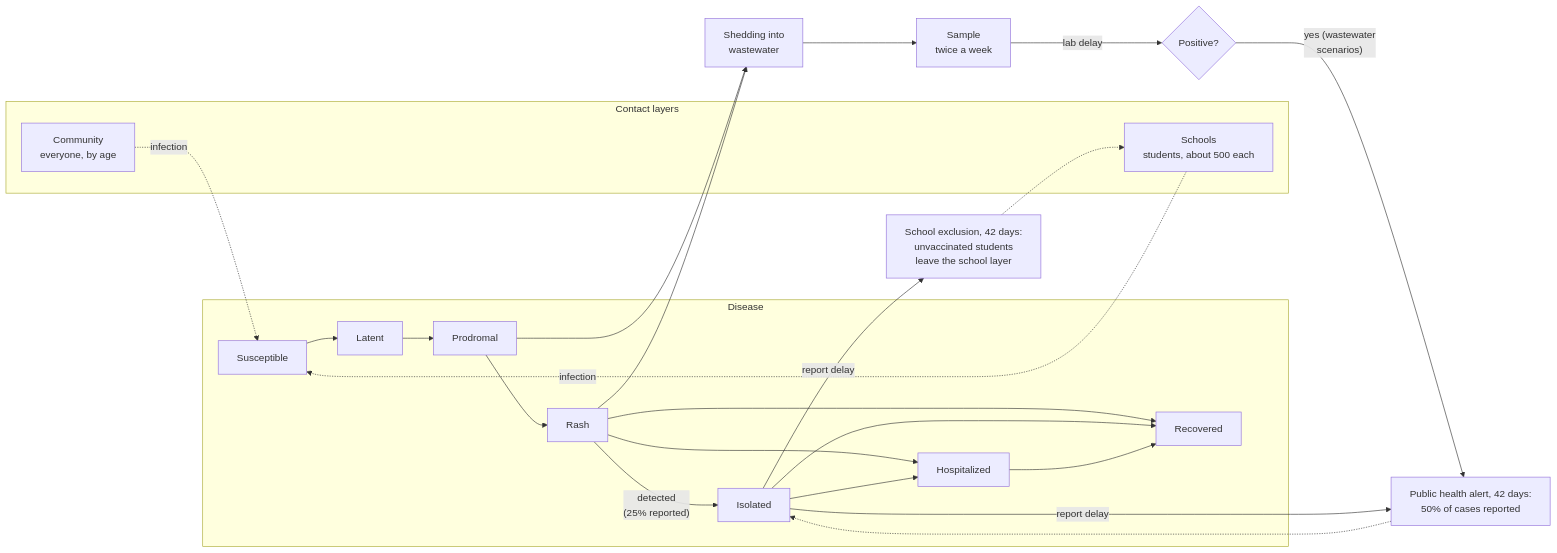
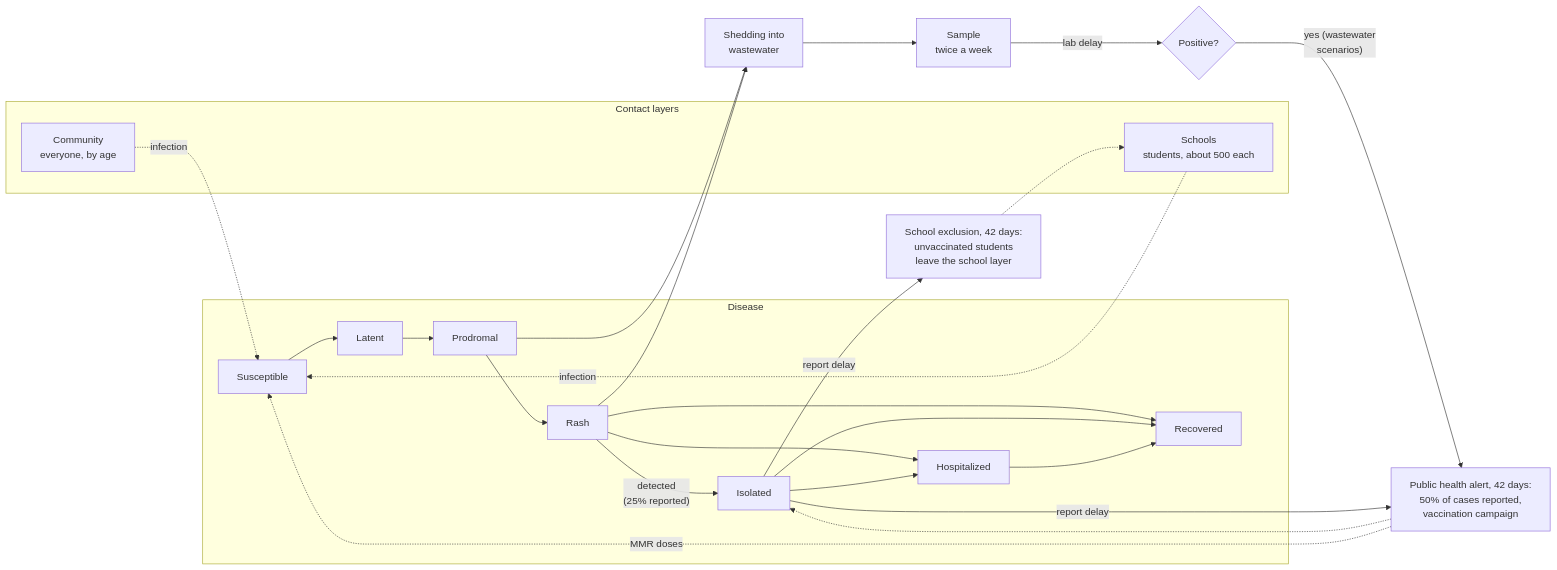
One commit to EpiForeSITE/wastewater-econ-abm changed the diagram in README.md. Above: the diagram before and after it, drawn with Mermaid. The commit also changed other lines of this file and 7 other files, not shown here.

First line of the commit message:
Add a vaccination campaign to public health alerts

````diff
--- a/README.md
+++ b/README.md
@@ -41,30 +45,31 @@
 ```mermaid
 flowchart LR
   subgraph contacts [Contact layers]
     C[Community<br/>everyone, by age]
     Sch[Schools<br/>students, about 500 each]
   end
 
   subgraph disease [Disease]
     S[Susceptible] --> L[Latent] --> P[Prodromal] --> R[Rash]
     R -->|"detected<br/>(25% reported)"| I[Isolated]
     R --> H[Hospitalized]
     I --> H
     R --> Rec[Recovered]
     I --> Rec
     H --> Rec
   end
 
   C -. infection .-> S
   Sch -. infection .-> S
 
   P --> Shed[Shedding into<br/>wastewater]
   R --> Shed
   Shed --> Sample[Sample<br/>twice a week] -->|lab delay| Pos{Positive?}
-  Pos -->|"yes (wastewater<br/>scenarios)"| Alert["Public health alert, 42 days:<br/>50% of cases reported"]
+  Pos -->|"yes (wastewater<br/>scenarios)"| Alert["Public health alert, 42 days:<br/>50% of cases reported,<br/>vaccination campaign"]
   Alert -.-> I
+  Alert -. MMR doses .-> S
 
   I -->|report delay| Alert
   I -->|report delay| Excl["School exclusion, 42 days:<br/>unvaccinated students<br/>leave the school layer"]
   Excl -.-> Sch
 ```
````
